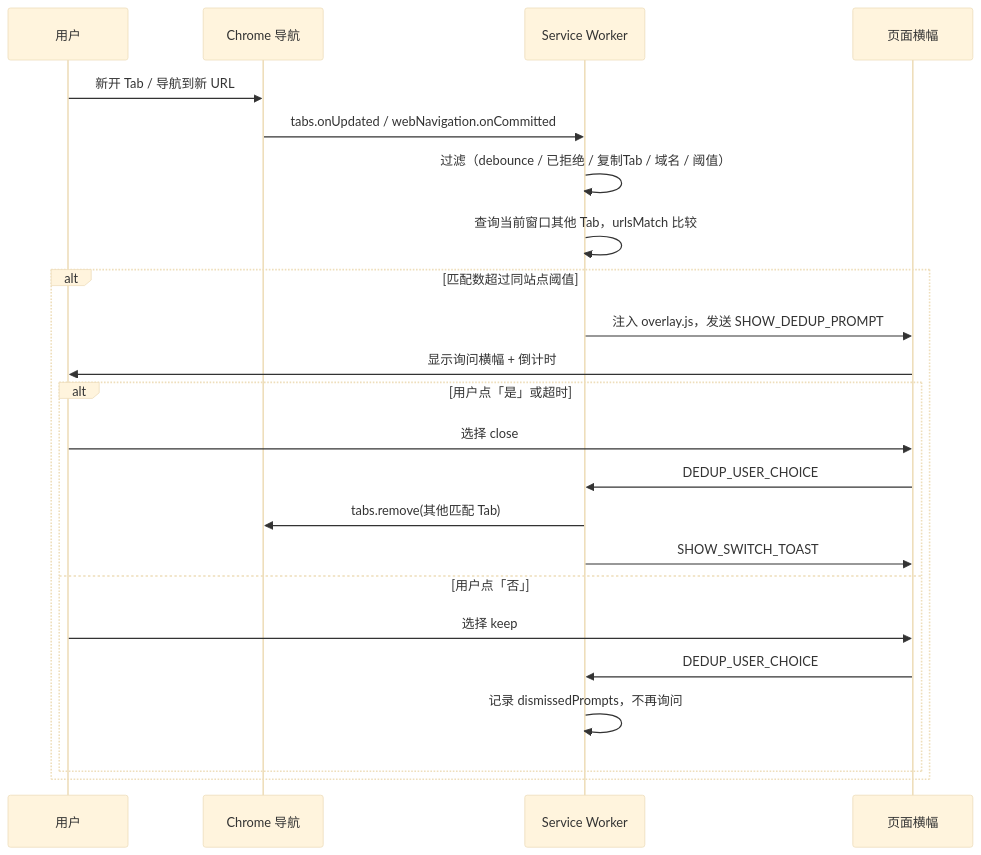
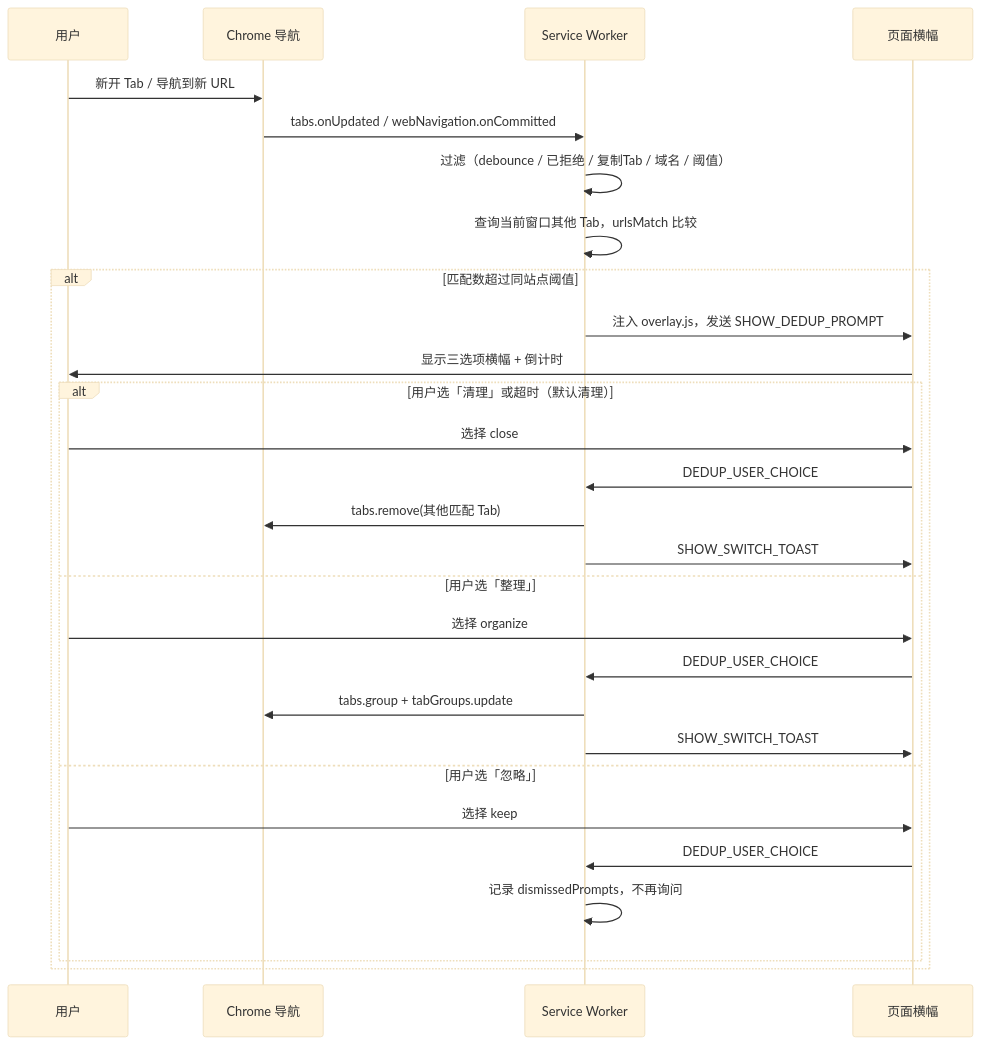
Before and after one commit to yguangbxiu/tab-dedup: the diagram in README.md, drawn with Mermaid (base theme). The commit also changed other lines of this file and 18 other files, not shown here.

First line of the commit message:
feat: add tab grouping, bulk dedup, and per-domain thresholds

````diff
--- a/README.md
+++ b/README.md
@@ -126,26 +166,31 @@
 ```mermaid
 sequenceDiagram
     participant User as 用户
     participant Chrome as Chrome 导航
     participant SW as Service Worker
     participant Overlay as 页面横幅
 
     User->>Chrome: 新开 Tab / 导航到新 URL
     Chrome->>SW: tabs.onUpdated / webNavigation.onCommitted
     SW->>SW: 过滤（debounce / 已拒绝 / 复制Tab / 域名 / 阈值）
     SW->>SW: 查询当前窗口其他 Tab，urlsMatch 比较
     alt 匹配数超过同站点阈值
         SW->>Overlay: 注入 overlay.js，发送 SHOW_DEDUP_PROMPT
-        Overlay->>User: 显示询问横幅 + 倒计时
-        alt 用户点「是」或超时
+        Overlay->>User: 显示三选项横幅 + 倒计时
+        alt 用户选「清理」或超时（默认清理）
             User->>Overlay: 选择 close
             Overlay->>SW: DEDUP_USER_CHOICE
             SW->>Chrome: tabs.remove(其他匹配 Tab)
             SW->>Overlay: SHOW_SWITCH_TOAST
-        else 用户点「否」
+        else 用户选「整理」
+            User->>Overlay: 选择 organize
+            Overlay->>SW: DEDUP_USER_CHOICE
+            SW->>Chrome: tabs.group + tabGroups.update
+            SW->>Overlay: SHOW_SWITCH_TOAST
+        else 用户选「忽略」
             User->>Overlay: 选择 keep
             Overlay->>SW: DEDUP_USER_CHOICE
             SW->>SW: 记录 dismissedPrompts，不再询问
         end
     end
 ```
````
